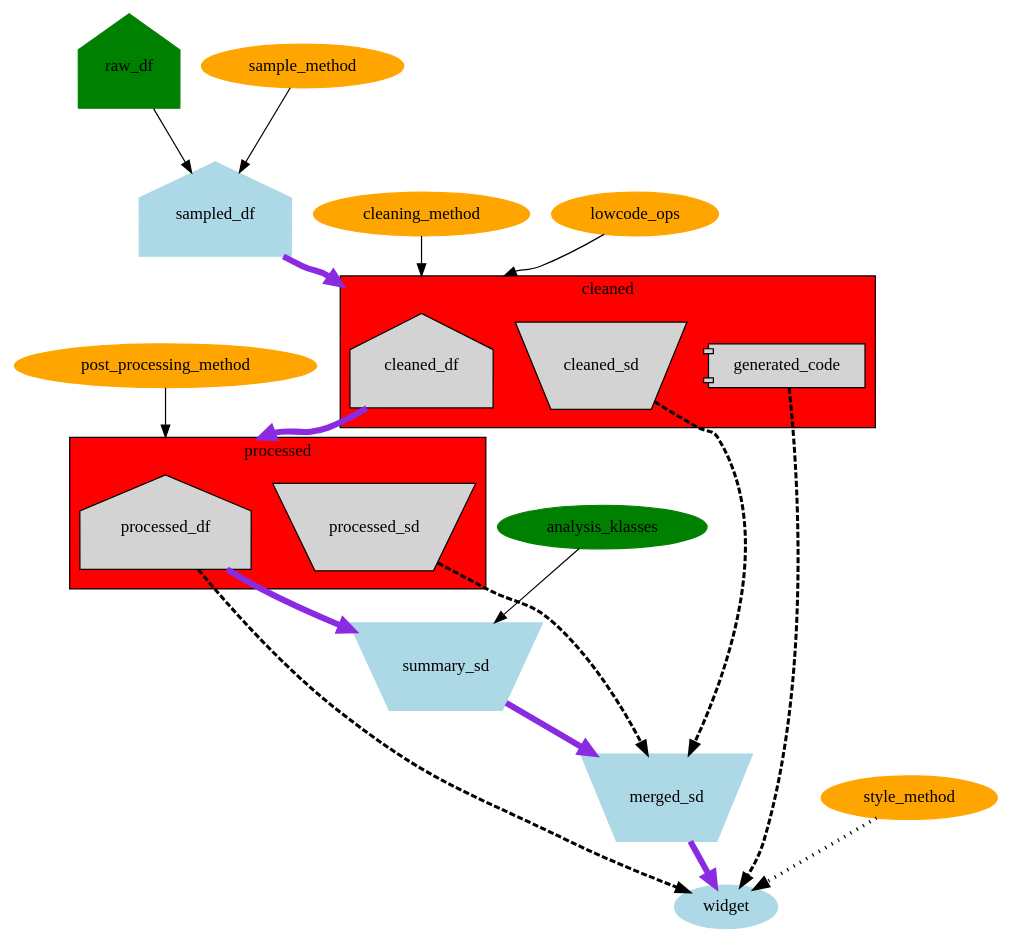
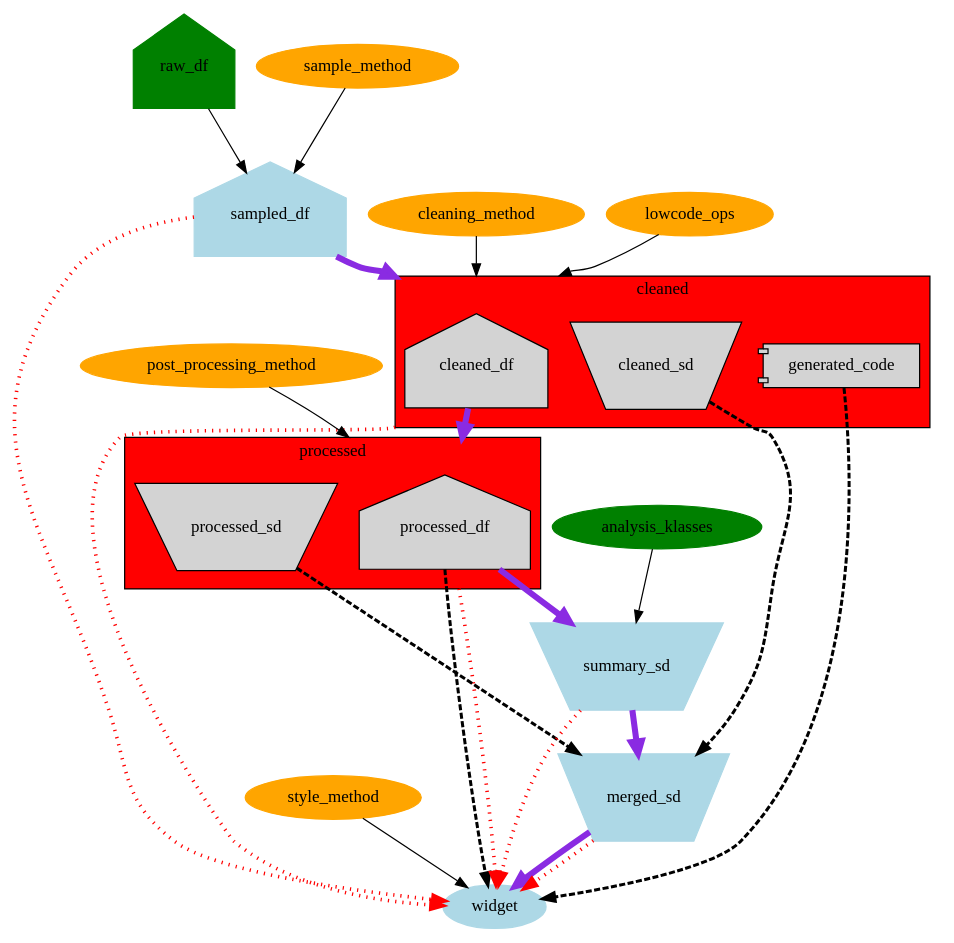
The diagram in docs/source/articles/dataflow.dot (paddymul/buckaroo), drawn with Graphviz before and after one commit. The commit also changed 1 other file, not shown here.

Commit message:
dataflow graph, with errors updated glossary

```diff
--- a/docs/source/articles/dataflow.dot
+++ b/docs/source/articles/dataflow.dot
@@ -1,62 +1,69 @@
 digraph g {
     compound=true;
 	ratio = fill;
 	k=.8
 	node [style=filled];
 raw_df [color="green"; shape="house" height=1.2]
 sample_method [color="orange"];
 
 raw_df -> sampled_df;
 sample_method -> sampled_df;
 
 sampled_df [color="lightblue"; shape="house" height=1.2];
 cleaning_method [color="orange"];
 lowcode_ops [color="orange"];
 
 subgraph cluster_cleaned {
     label="cleaned";
     fillcolor="red";
     style=filled;
     cleaned_df [shape="house" height=1.2;];
     cleaned_sd [shape="invtrapezium" height=1 width=.5];
     generated_code [shape="component"];
 }
 
 	sampled_df -> cleaned_df [lhead=cluster_cleaned; color="blueviolet"; penwidth = 5;]
 	cleaning_method -> cleaned_df [lhead=cluster_cleaned]
 	lowcode_ops -> cleaned_df [lhead=cluster_cleaned]
   
 
 subgraph cluster_processed {
 	 label="processed";
 	 fillcolor="red";
 	 style=filled;
      processed_df [shape="house" height=1.2];
 	 processed_sd  [shape="invtrapezium" height=1 width=.5];
 }
 
 	cleaned_df -> processed_df[lhead=cluster_processed; color="blueviolet"; penwidth = 5; weight=3 ];
 	post_processing_method -> processed_df[lhead=cluster_processed];
 post_processing_method [color="orange"];
 
     processed_df -> summary_sd [ color="blueviolet"; penwidth = 5; sametail="asdf" weight=5] ;
 	analysis_klasses -> summary_sd [weight=4];
 
 summary_sd [color="lightblue" shape="invtrapezium" height=1 width=.5];
 analysis_klasses [color="green"];
 
 	cleaned_sd -> merged_sd [style="dashed" weight=2.5 penwidth=2.5];
 	summary_sd -> merged_sd  [color="blueviolet"; penwidth = 5];
 	processed_sd -> merged_sd [style="dashed" penwidth=2.5];
 
 merged_sd [color="lightblue"; shape="invtrapezium" height=1 width=.5]
 
 widget [color="lightblue"];
         processed_df -> widget [style="dashed" weight=2.8 penwidth=2.5];
         merged_sd -> widget [color="blueviolet"; penwidth = 5];
-	style_method -> widget [style="dotted" penwidth=3];
+	style_method -> widget ;
 	generated_code -> widget [style="dashed" weight=2 penwidth=2.5];
 
 style_method [color="orange"];
 
+sampled_df -> widget   [ style="dotted" penwidth=3 color="red" constraint=false ]
+cleaned_df -> widget   [ style="dotted" penwidth=3 color="red" constraint=false ltail=cluster_cleaned ]
+processed_df -> widget [ style="dotted" penwidth=3 color="red" constraint=false ltail=cluster_processed ]
+summary_sd -> widget   [ style="dotted" penwidth=3 color="red" constraint=false ]
+merged_sd -> widget    [ style="dotted" penwidth=3 color="red" constraint=false ]
+
+
 }
```
